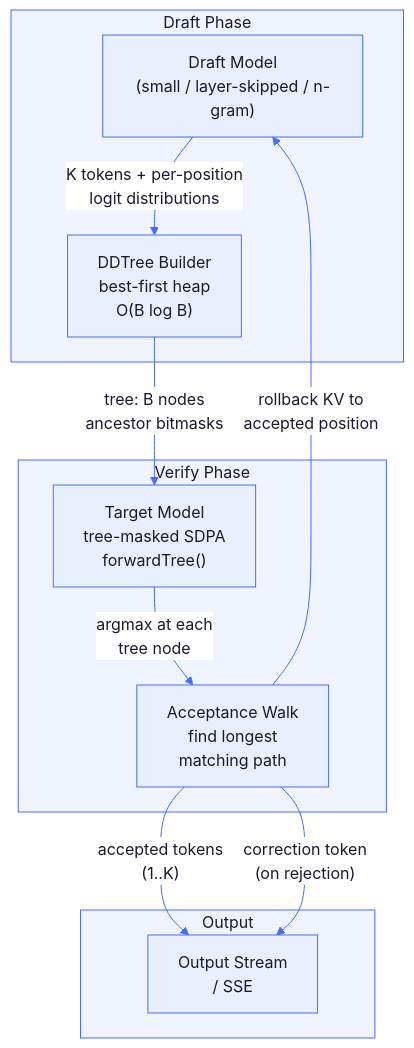
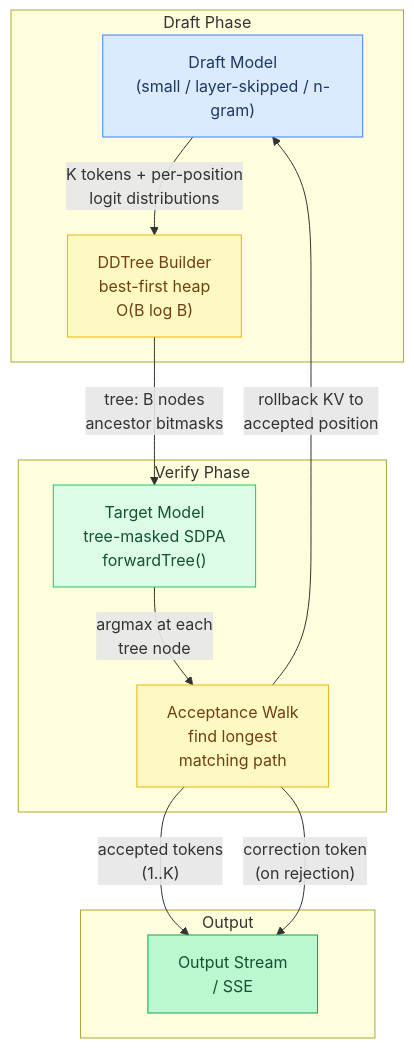
Before and after one commit to maci0/agave: the third of 10 diagrams in docs/tutorial/17-speculative-decoding.md, drawn with Mermaid. The commit also changed other lines of this file and 24 other files, not shown here.

First line of the commit message:
docs: convert all mermaid diagrams to classDef semantic colors

````diff
--- a/docs/tutorial/17-speculative-decoding.md
+++ b/docs/tutorial/17-speculative-decoding.md
@@ -194,32 +197,29 @@
 ```mermaid
-%%{init: {'theme': 'base', 'themeVariables': {
-  'primaryColor': '#e8f0fe',
-  'primaryTextColor': '#1a1a2e',
-  'primaryBorderColor': '#4a6cf7',
-  'lineColor': '#4a6cf7',
-  'secondaryColor': '#f0f4ff',
-  'tertiaryColor': '#f8f9ff',
-  'edgeLabelBackground': '#ffffff',
-  'clusterBkg': '#f0f4ff',
-  'clusterBorder': '#4a6cf7',
-  'titleColor': '#1a1a2e',
-  'nodeTextColor': '#1a1a2e',
-  'fontFamily': 'ui-monospace, SFMono-Regular, monospace'
-}}}%%
 flowchart TD
+    classDef setup     fill:#dbeafe,stroke:#3b82f6,color:#1e3a5f
+    classDef sync      fill:#dcfce7,stroke:#22c55e,color:#14532d
+    classDef migration fill:#fef9c3,stroke:#eab308,color:#713f12
+    classDef success   fill:#bbf7d0,stroke:#16a34a,color:#14532d
+    classDef danger    fill:#fee2e2,stroke:#ef4444,color:#7f1d1d
+    classDef optional  fill:#f3e8ff,stroke:#9333ea,color:#581c87
+
     subgraph Draft["Draft Phase"]
-        DM["Draft Model\n(small / layer-skipped / n-gram)"]
-        DM -->|"K tokens + per-position\nlogit distributions"| TB["DDTree Builder\nbest-first heap\nO(B log B)"]
+        DM["Draft Model\n(small / layer-skipped / n-gram)"]:::setup
+        TB["DDTree Builder\nbest-first heap\nO(B log B)"]:::migration
+        DM -->|"K tokens + per-position\nlogit distributions"| TB
     end
 
     subgraph Verify["Verify Phase"]
-        TB -->|"tree: B nodes\nancestor bitmasks"| TM["Target Model\ntree-masked SDPA\nforwardTree()"]
-        TM -->|"argmax at each\ntree node"| AW["Acceptance Walk\nfind longest\nmatching path"]
+        TM["Target Model\ntree-masked SDPA\nforwardTree()"]:::sync
+        AW["Acceptance Walk\nfind longest\nmatching path"]:::migration
+        TB -->|"tree: B nodes\nancestor bitmasks"| TM
+        TM -->|"argmax at each\ntree node"| AW
     end
 
     subgraph Output["Output"]
-        AW -->|"accepted tokens\n(1..K)"| OS["Output Stream\n/ SSE"]
+        OS["Output Stream\n/ SSE"]:::success
+        AW -->|"accepted tokens\n(1..K)"| OS
         AW -->|"correction token\n(on rejection)"| OS
         AW -->|"rollback KV to\naccepted position"| DM
     end
 ```
````
